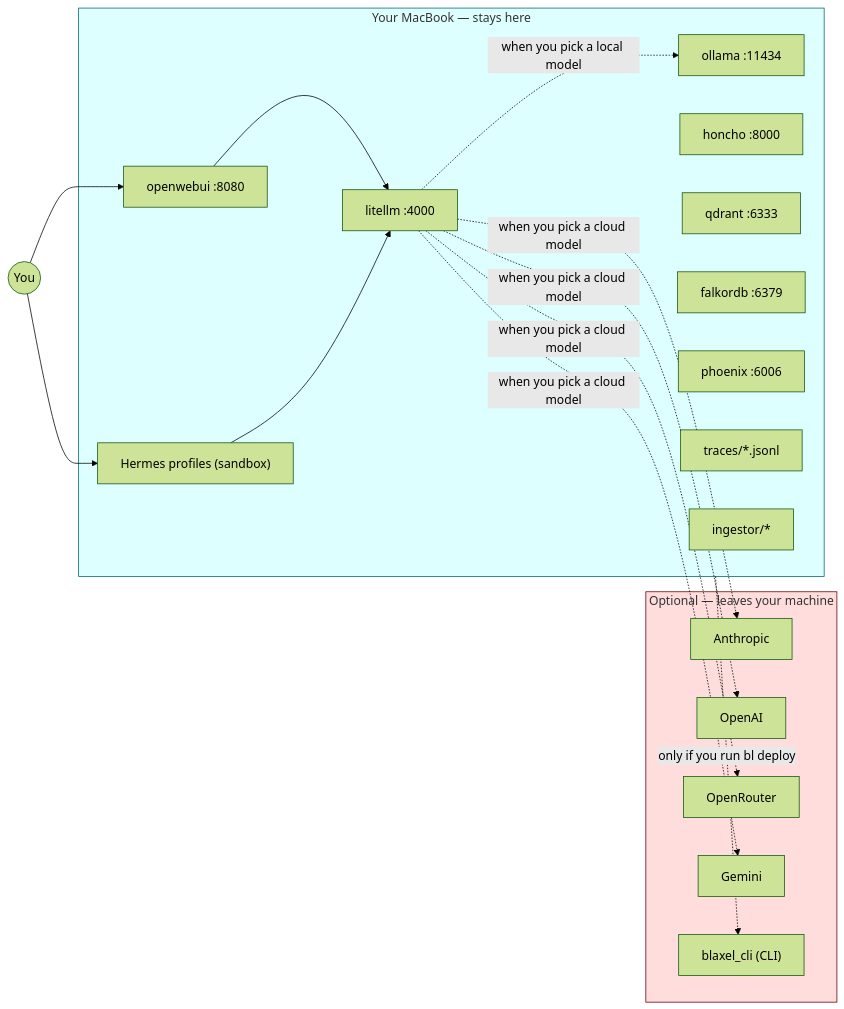
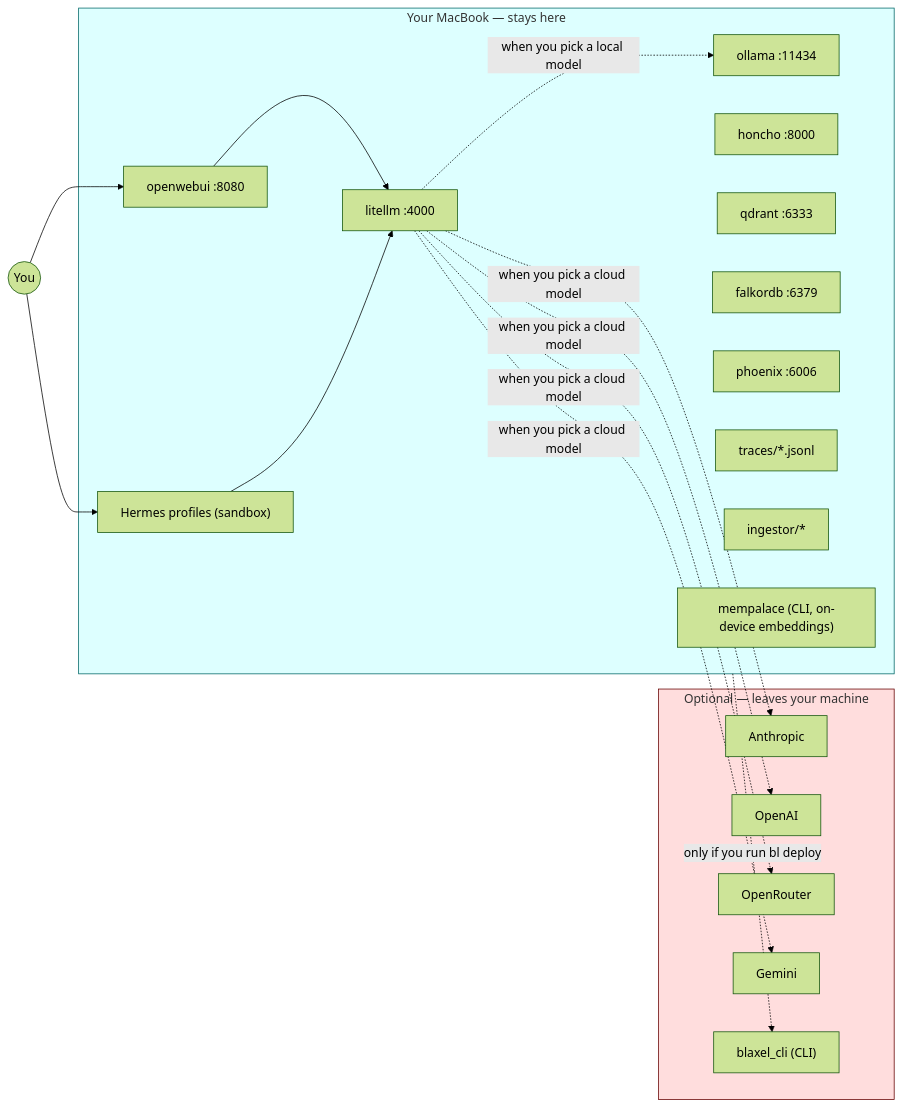
Diagram 18 of 21 in doc/DIAGRAMS.md (mayssamj/versatile-ai-stack), drawn with Mermaid (forest theme) before and after one commit. The commit also changed other lines of this file and 34 other files, not shown here.

````diff
--- a/doc/DIAGRAMS.md
+++ b/doc/DIAGRAMS.md
@@ -769,44 +778,45 @@
 ```mermaid
 flowchart LR
   You((You))
 
   subgraph Local[Your MacBook — stays here]
     OWU[openwebui :8080]
     LL[litellm :4000]
     OL[ollama :11434]
     HO[honcho :8000]
     QD[qdrant :6333]
     FK[falkordb :6379]
     PX[phoenix :6006]
     HF["Hermes profiles (sandbox)"]
     Traces["traces/*.jsonl"]
     Docs["ingestor/*"]
+    MP["mempalace (CLI, on-device embeddings)"]
   end
 
   subgraph Cloud[Optional — leaves your machine]
     Anth[Anthropic]
     OAI[OpenAI]
     OR[OpenRouter]
     Gem[Gemini]
     Blax["blaxel_cli (CLI)"]
   end
 
   You --> OWU
   You --> HF
 
   OWU --> LL
   HF --> LL
 
   LL -. when you pick a local model .-> OL
   LL -. when you pick a cloud model .-> Anth
   LL -. when you pick a cloud model .-> OAI
   LL -. when you pick a cloud model .-> OR
   LL -. when you pick a cloud model .-> Gem
 
   Local -. only if you run bl deploy .-> Blax
 
   classDef local fill:#dff,stroke:#066;
   classDef cloud fill:#fdd,stroke:#600;
   class Local local
   class Cloud cloud
 ```
````
